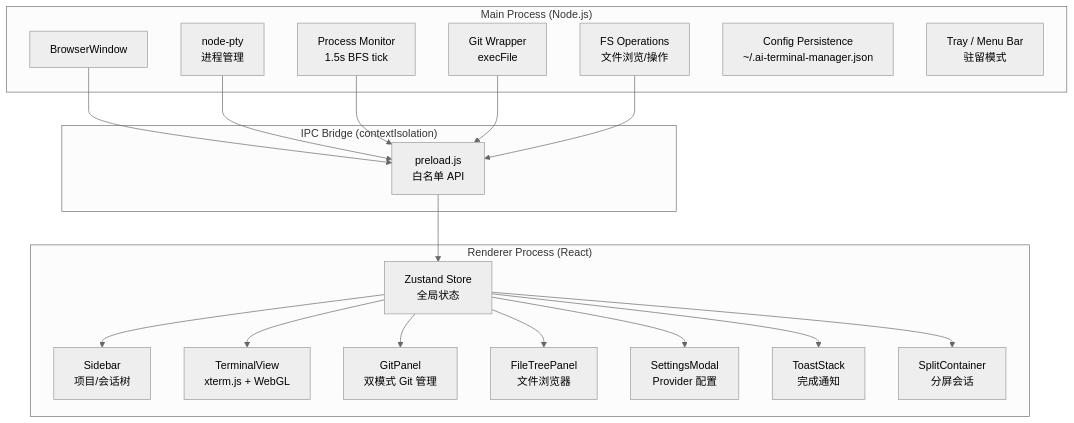
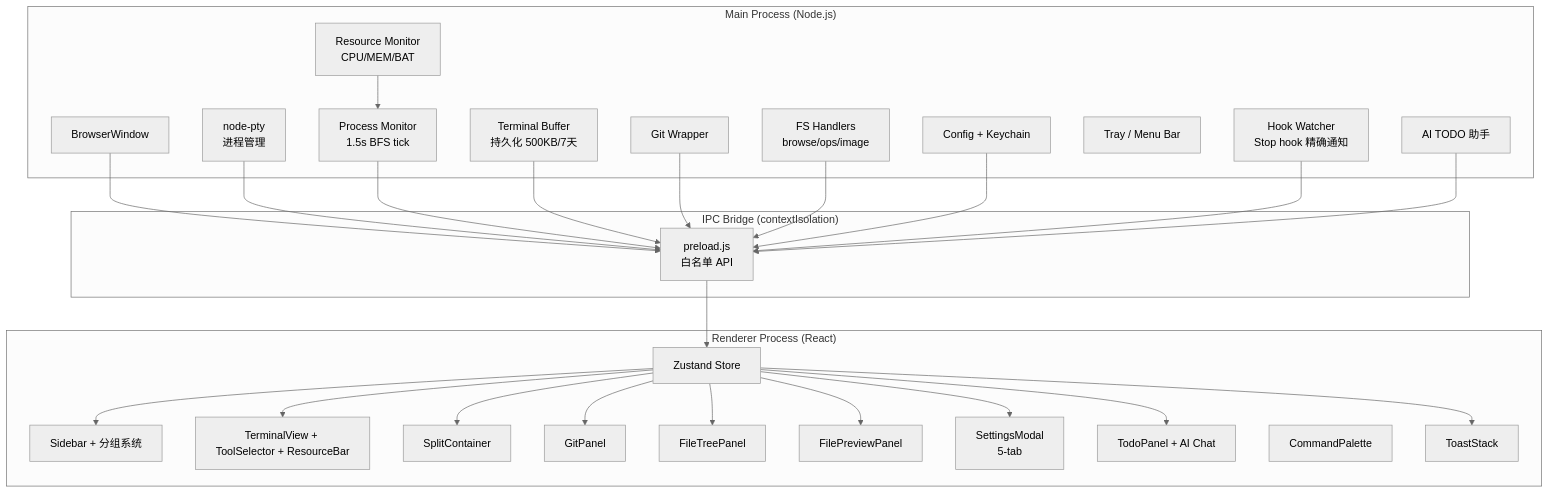
Before and after one commit to willbringyourworstout/zhishu: the diagram in CLAUDE.md, drawn with Mermaid (neutral theme). The commit also changed other lines of this file and 6 other files, not shown here.

````diff
--- a/CLAUDE.md
+++ b/CLAUDE.md
@@ -41,41 +42,55 @@
 ```mermaid
 graph TB
     subgraph "Main Process (Node.js)"
         MW[BrowserWindow]
         PTY[node-pty<br/>进程管理]
         MON[Process Monitor<br/>1.5s BFS tick]
-        GIT[Git Wrapper<br/>execFile]
-        FS[FS Operations<br/>文件浏览/操作]
-        CFG[Config Persistence<br/>~/.ai-terminal-manager.json]
-        TRAY[Tray / Menu Bar<br/>驻留模式]
+        RES[Resource Monitor<br/>CPU/MEM/BAT]
+        BUF[Terminal Buffer<br/>持久化 500KB/7天]
+        GIT[Git Wrapper]
+        FS[FS Handlers<br/>browse/ops/image]
+        CFG[Config + Keychain]
+        TRAY[Tray / Menu Bar]
+        HOOK[Hook Watcher<br/>Stop hook 精确通知]
+        TODO[AI TODO 助手]
     end
 
     subgraph "IPC Bridge (contextIsolation)"
         PRE[preload.js<br/>白名单 API]
     end
 
     subgraph "Renderer Process (React)"
-        ZS[Zustand Store<br/>全局状态]
-        SB[Sidebar<br/>项目/会话树]
-        TV[TerminalView<br/>xterm.js + WebGL]
-        GP[GitPanel<br/>双模式 Git 管理]
-        FTP[FileTreePanel<br/>文件浏览器]
-        SM[SettingsModal<br/>Provider 配置]
-        TS[ToastStack<br/>完成通知]
-        SC[SplitContainer<br/>分屏会话]
+        ZS[Zustand Store]
+        SB[Sidebar + 分组系统]
+        TV[TerminalView + ToolSelector + ResourceBar]
+        SC[SplitContainer]
+        GP[GitPanel]
+        FTP[FileTreePanel]
+        FPP[FilePreviewPanel]
+        SM[SettingsModal<br/>5-tab]
+        TP[TodoPanel + AI Chat]
+        CP[CommandPalette]
+        TS[ToastStack]
     end
 
     MW --> PRE
     PTY --> PRE
     MON --> PRE
+    RES --> MON
+    BUF --> PRE
     GIT --> PRE
     FS --> PRE
+    CFG --> PRE
+    HOOK --> PRE
+    TODO --> PRE
     PRE --> ZS
     ZS --> SB
     ZS --> TV
     ZS --> GP
     ZS --> FTP
+    ZS --> FPP
     ZS --> SM
+    ZS --> TP
     ZS --> TS
     ZS --> SC
 ```
````
